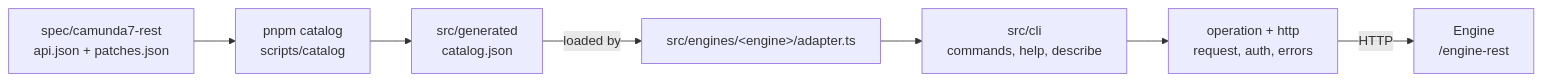
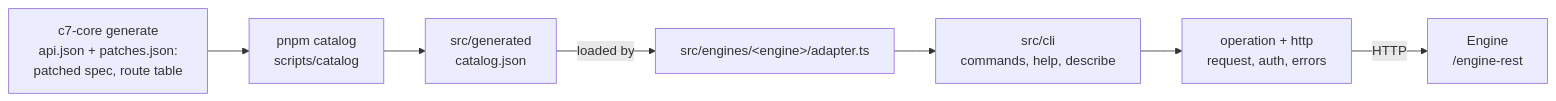
Before and after one commit to Miragon/pulse: the second of 4 diagrams in docs/cli/architecture.md, drawn with Mermaid. The commit also changed 83 other files, not shown here.

````diff
--- a/docs/cli/architecture.md
+++ b/docs/cli/architecture.md
@@ -57,9 +57,9 @@
 ```mermaid
 flowchart LR
-  spec["spec/camunda7-rest<br/>api.json + patches.json"] --> gen["pnpm catalog<br/>scripts/catalog"]
+  spec["c7-core generate<br/>api.json + patches.json:<br/>patched spec, route table"] --> gen["pnpm catalog<br/>scripts/catalog"]
   gen --> catalog["src/generated<br/>catalog.json"]
   catalog -- loaded by --> adapter["src/engines/&lt;engine&gt;/adapter.ts"]
   adapter --> cli["src/cli<br/>commands, help, describe"]
   cli --> http["operation + http<br/>request, auth, errors"]
   http -- HTTP --> engine["Engine<br/>/engine-rest"]
 ```
````
